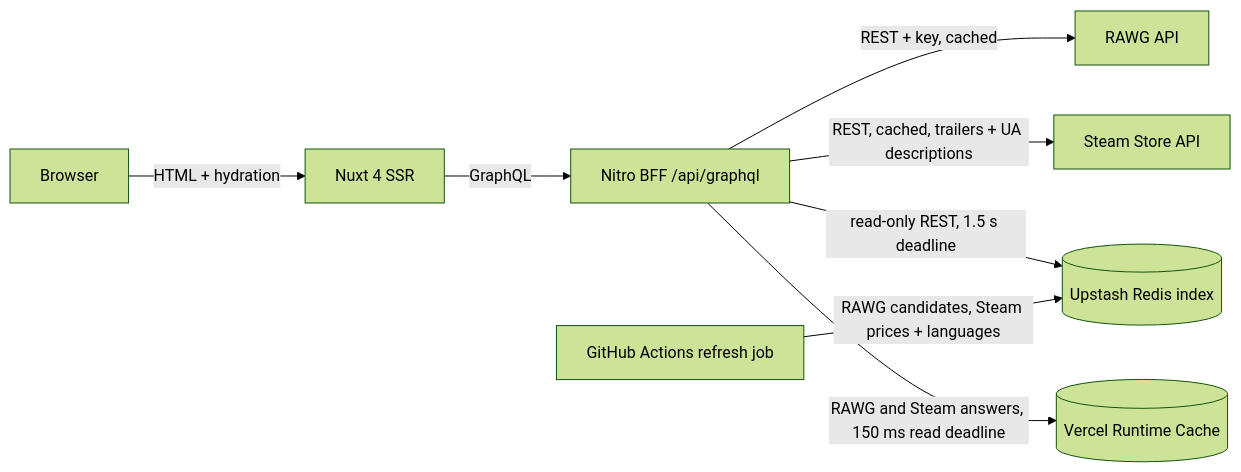
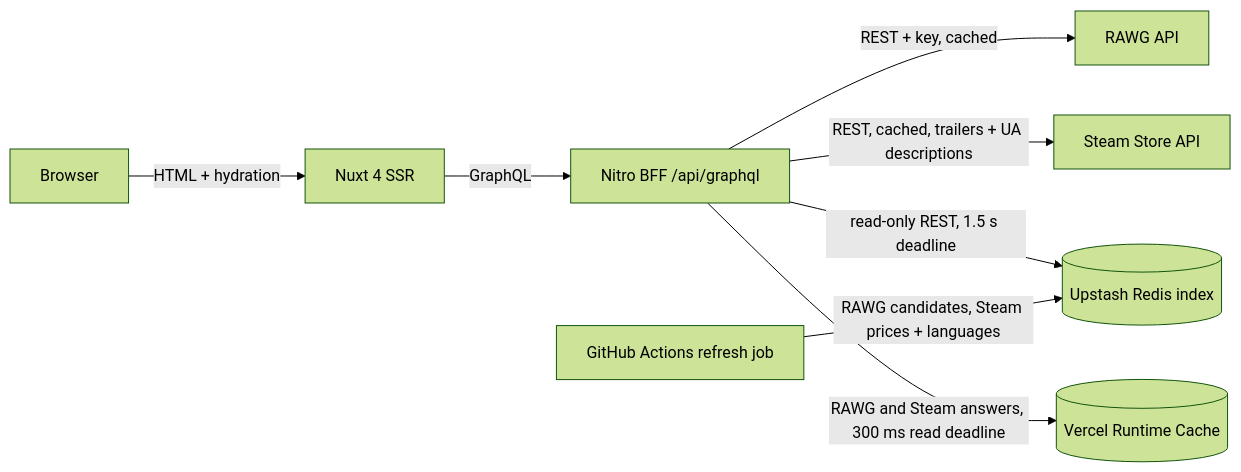
One commit to Sennjen/gg-stay changed the diagram in README.md. Above: the diagram before and after it, drawn with Mermaid (forest theme). The commit also changed other lines of this file and 1 other file, not shown here.

Commit message:
Bring the spec and the README up to the deadline's number, the cost of call order and where the window exists

````diff
--- a/README.md
+++ b/README.md
@@ -32,10 +32,10 @@
 ```mermaid
 flowchart LR
   B[Browser] -->|HTML + hydration| N[Nuxt 4 SSR]
   N -->|GraphQL| G[Nitro BFF /api/graphql]
   G -->|REST + key, cached| R[RAWG API]
   G -->|REST, cached, trailers + UA descriptions| S[Steam Store API]
   G -->|read-only REST, 1.5 s deadline| I[(Upstash Redis index)]
-  G -->|RAWG and Steam answers, 150 ms read deadline| C[(Vercel Runtime Cache)]
+  G -->|RAWG and Steam answers, 300 ms read deadline| C[(Vercel Runtime Cache)]
   J[GitHub Actions refresh job] -->|RAWG candidates, Steam prices + languages| I
 ```
````
